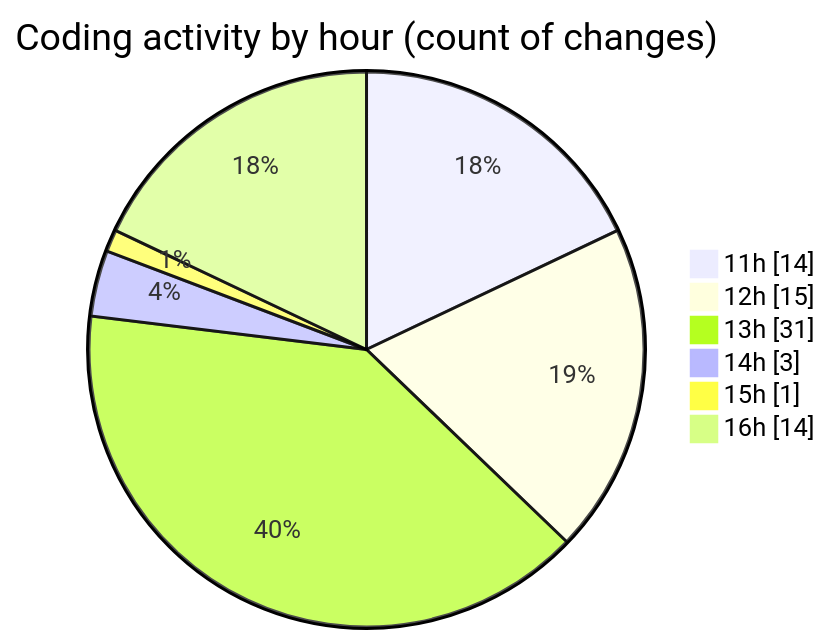
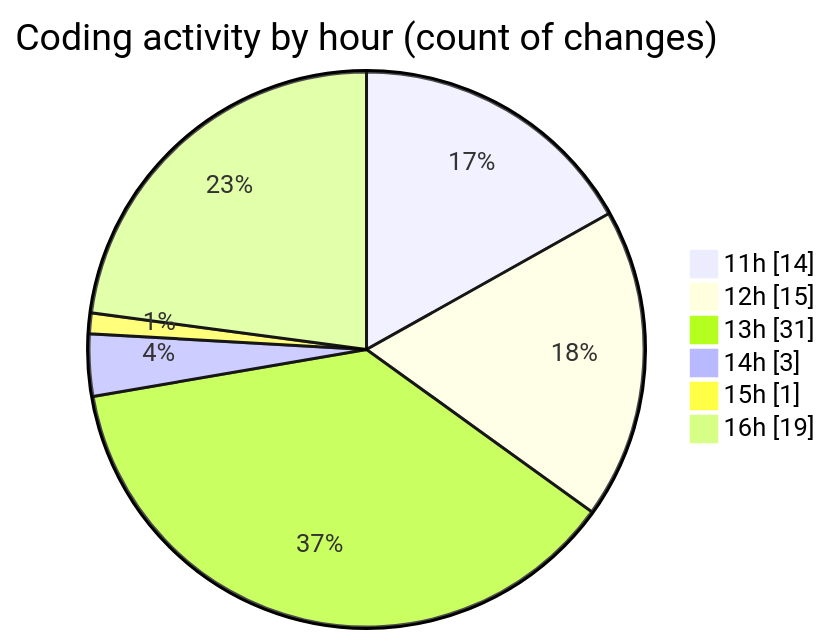
One commit to nxtqubesakshisongat/code-tracking changed the second of 2 diagrams in 2025-07-09/argos/README.md. Above: the diagram before and after it, drawn with Mermaid. The commit also changed other lines of this file and 1 other file, not shown here.

````diff
--- a/2025-07-09/argos/README.md
+++ b/2025-07-09/argos/README.md
@@ -35,10 +35,10 @@
 ```mermaid
 pie showData
 title Coding activity by hour (count of changes)
 "11h" : 14
 "12h" : 15
 "13h" : 31
 "14h" : 3
 "15h" : 1
-"16h" : 14
+"16h" : 19
 ```
````
